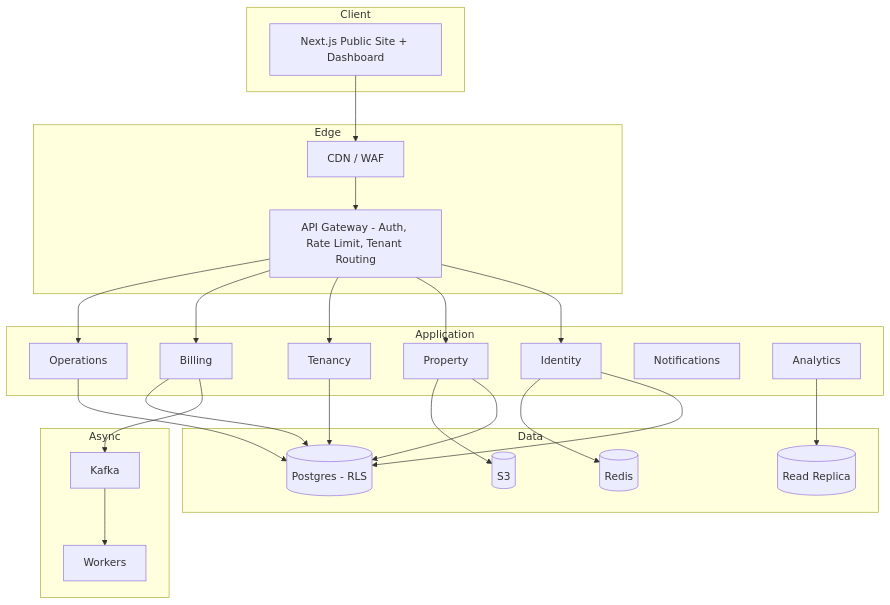
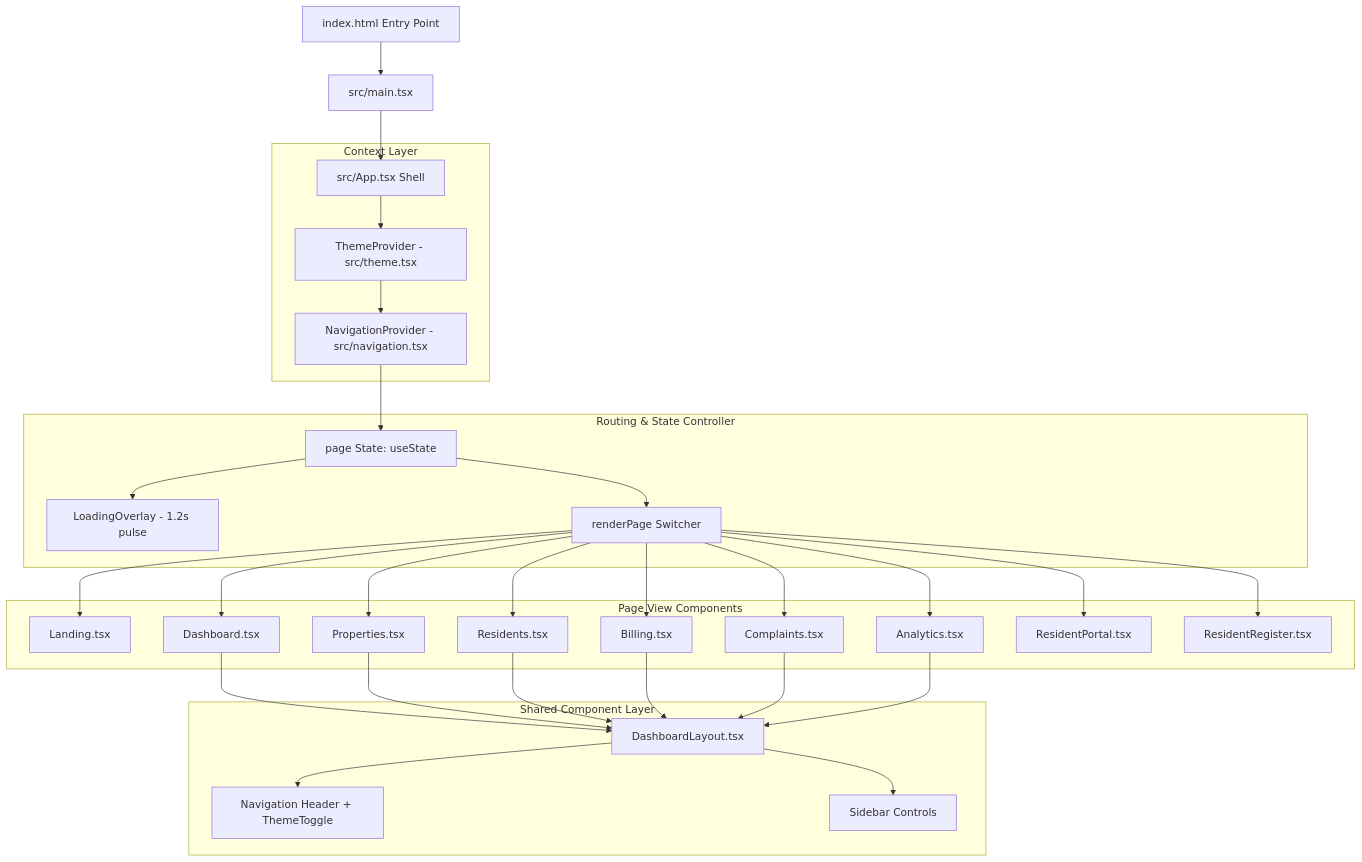
Before and after one commit to ayushman-glb/PG-Management-System: the diagram in README.md, drawn with Mermaid. The commit also changed other lines of this file and 3 other files, not shown here.

````diff
--- a/README.md
+++ b/README.md
@@ -55,36 +87,34 @@
 ```mermaid
-flowchart TB
-    subgraph Client
-        WEB[Next.js Public Site + Dashboard]
-    end
-    subgraph Edge
-        CDN[CDN / WAF]
-        GW[API Gateway - Auth, Rate Limit, Tenant Routing]
-    end
-    subgraph Application
-        IDN[Identity]
-        PROP[Property]
-        TEN[Tenancy]
-        BILL[Billing]
-        OPS[Operations]
-        NOTIF[Notifications]
-        ANLY[Analytics]
-    end
-    subgraph Async
-        MQ[Kafka]
-        WORKER[Workers]
-    end
-    subgraph Data
-        PG[(Postgres - RLS)]
-        REPLICA[(Read Replica)]
-        REDIS[(Redis)]
-        S3[(S3)]
+flowchart TD
+    HTML[index.html Entry Point] --> Main[src/main.tsx]
+    Main --> App[src/App.tsx Shell]
+    
+    subgraph Providers [Context Layer]
+        App --> ThemeProv[ThemeProvider - src/theme.tsx]
+        ThemeProv --> NavProv[NavigationProvider - src/navigation.tsx]
     end
 
-    WEB --> CDN --> GW --> IDN & PROP & TEN & BILL & OPS
-    BILL --> MQ --> WORKER
-    IDN & PROP & TEN & BILL & OPS --> PG
-    ANLY --> REPLICA
-    IDN --> REDIS
-    PROP --> S3
+    subgraph RouterState [Routing & State Controller]
+        NavProv --> PageState[page State: useState<Page>]
+        PageState --> Overlay[LoadingOverlay - 1.2s pulse]
+        PageState --> RenderFn[renderPage Switcher]
+    end
+
+    subgraph Pages [Page View Components]
+        RenderFn --> Landing[Landing.tsx]
+        RenderFn --> Dash[Dashboard.tsx]
+        RenderFn --> Prop[Properties.tsx]
+        RenderFn --> Res[Residents.tsx]
+        RenderFn --> Bill[Billing.tsx]
+        RenderFn --> Comp[Complaints.tsx]
+        RenderFn --> Analytics[Analytics.tsx]
+        RenderFn --> Portal[ResidentPortal.tsx]
+        RenderFn --> Register[ResidentRegister.tsx]
+    end
+
+    subgraph SharedLayout [Shared Component Layer]
+        Dash & Prop & Res & Bill & Comp & Analytics --> DashLayout[DashboardLayout.tsx]
+        DashLayout --> Header[Navigation Header + ThemeToggle]
+        DashLayout --> Sidebar[Sidebar Controls]
+    end
 ```
````
